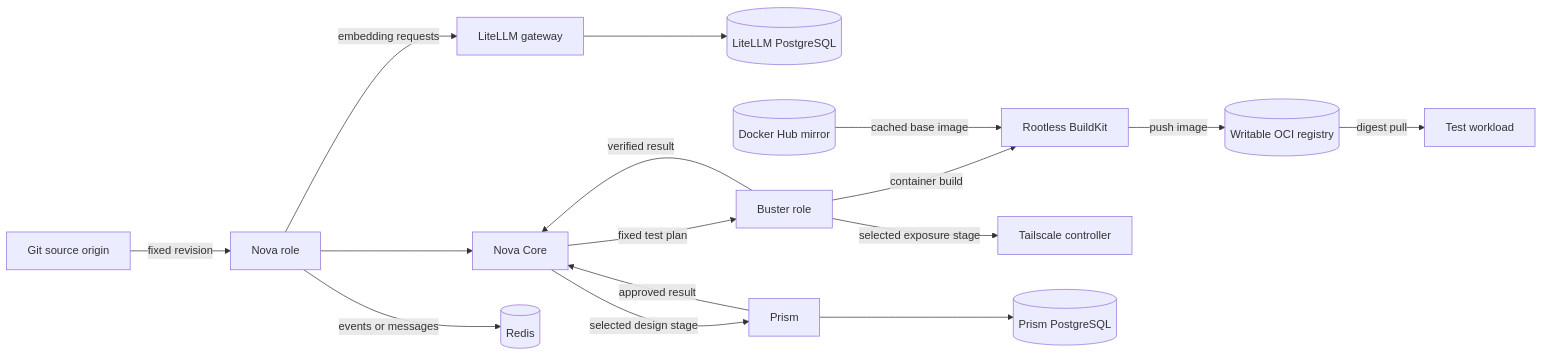
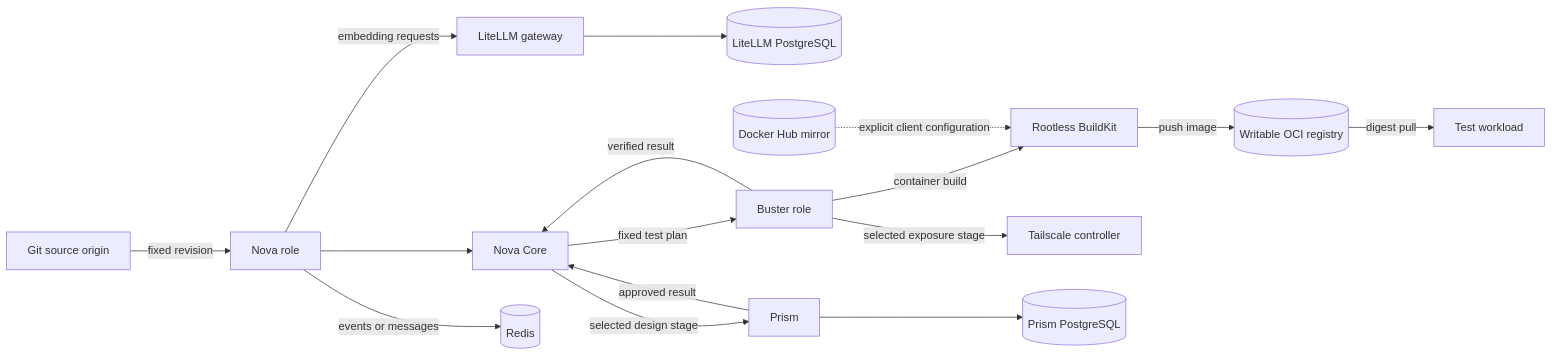
One commit to datrab/kubeclaw changed the diagram in docs/site/understand/pipeline-dependencies.md. Above: the diagram before and after it, drawn with Mermaid. The commit also changed other lines of this file and 5 other files, not shown here.

Commit message:
docs: correct four diagram configuration and authority boundaries

````diff
--- a/docs/site/understand/pipeline-dependencies.md
+++ b/docs/site/understand/pipeline-dependencies.md
@@ -62,18 +62,18 @@
 ```mermaid
 flowchart LR
     Git[Git source origin] -->|fixed revision| Nova[Nova role]
     Nova --> Core[Nova Core]
     Nova -->|embedding requests| Model[LiteLLM gateway]
     Model --> ModelDB[(LiteLLM PostgreSQL)]
     Nova -->|events or messages| Redis[(Redis)]
     Core -->|fixed test plan| Buster[Buster role]
     Buster -->|container build| BuildKit[Rootless BuildKit]
     BuildKit -->|push image| Registry[(Writable OCI registry)]
-    Mirror[(Docker Hub mirror)] -->|cached base image| BuildKit
+    Mirror[(Docker Hub mirror)] -. explicit client configuration .-> BuildKit
     Registry -->|digest pull| TestPod[Test workload]
     Buster -->|selected exposure stage| Tail[Tailscale controller]
     Core -->|selected design stage| Prism[Prism]
     Prism --> PrismDB[(Prism PostgreSQL)]
     Buster -->|verified result| Core
     Prism -->|approved result| Core
 ```
````
